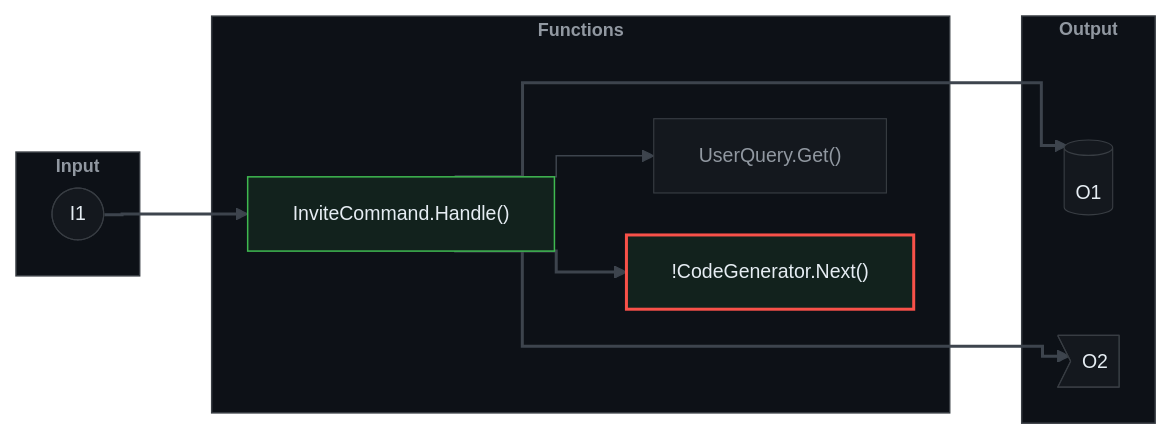
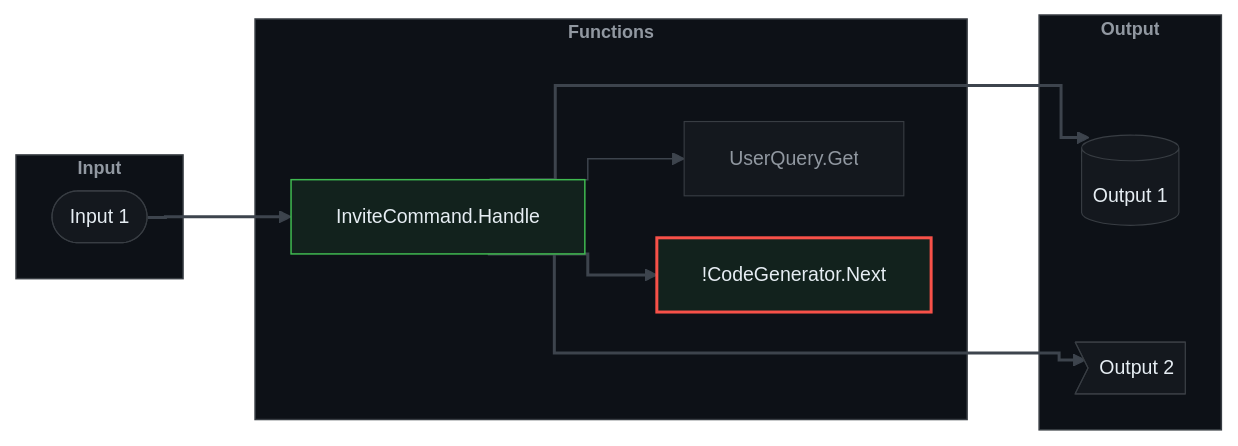
One commit to gagoar/pr-brief changed the diagram in skills/pr-brief/references/diagram-convention.md. Above: the diagram before and after it, drawn with Mermaid. The commit also changed other lines of this file and 79 other files, not shown here.

First line of the commit message:
Address feedback: chart labels and legend, host-aware length, CI setup and rewrite (#13)

````diff
--- a/skills/pr-brief/references/diagram-convention.md
+++ b/skills/pr-brief/references/diagram-convention.md
@@ -61,34 +61,34 @@
 ```mermaid
 %%{init: {"theme":"base","flowchart":{"curve":"step","nodeSpacing":28,"rankSpacing":48,"diagramPadding":40},"themeVariables":{"darkMode":true,"background":"#0d1117","fontFamily":"Inter, Helvetica, Arial","fontSize":"13px","dropShadow":"none","primaryColor":"#14181e","primaryTextColor":"#e6edf3","primaryBorderColor":"#383d43","nodeTextColor":"#e6edf3","textColor":"#e6edf3","mainBkg":"#14181e","nodeBorder":"#383d43","lineColor":"#3d444d","clusterBkg":"#0d1117","clusterBorder":"#383d43","titleColor":"#9198a1","edgeLabelBackground":"#0d1117"}}}%%
 graph LR
   subgraph IN["Input"]
-    I1(["I1"])
+    I1(["Input 1"])
   end
   subgraph FN["Functions"]
-    F1["InviteCommand.Handle()"]:::added
-    F2["!CodeGenerator.Next()"]:::riskadded
-    F3["UserQuery.Get()"]:::context
+    F1["InviteCommand.Handle"]:::added
+    F2["!CodeGenerator.Next"]:::riskadded
+    F3["UserQuery.Get"]:::context
   end
   subgraph OUT["Output"]
-    O1[("O1")]
-    O2>"O2"]
+    O1[("Output 1")]
+    O2>"Output 2"]
   end
   I1 ==> F1
   F1 ==> F2
   F1 --> F3
   F1 ==> O1
   F1 ==> O2
   F2 ~~~ O1
   F2 ~~~ O2
   classDef default fill:#14181e,stroke:#383d43,stroke-width:0.75px,color:#e6edf3,font-weight:500
   classDef added fill:#12221d,stroke:#3fb950,stroke-width:1px,color:#e6edf3,font-weight:500
   classDef modified fill:#211f18,stroke:#d29922,stroke-width:1px,color:#e6edf3,font-weight:500
   classDef removed fill:#24171c,stroke:#f85149,stroke-width:1px,stroke-dasharray:4 4,color:#e6edf3,font-weight:500
   classDef context fill:#14181e,stroke:#383d43,stroke-width:0.75px,color:#9198a1,font-weight:500
   classDef risk fill:#14181e,stroke:#f85149,stroke-width:2px,color:#e6edf3,font-weight:500
   classDef riskadded fill:#12221d,stroke:#f85149,stroke-width:2px,color:#e6edf3,font-weight:500
   classDef zone fill:#0d1117,stroke:#383d43,stroke-width:1px,color:#9198a1,font-weight:600,font-size:12px
   class IN,FN,OUT zone
   linkStyle 2 stroke:#3d444d,stroke-width:1px
   linkStyle 0,1,3,4 stroke:#3d444d,stroke-width:2px
 ```
````
